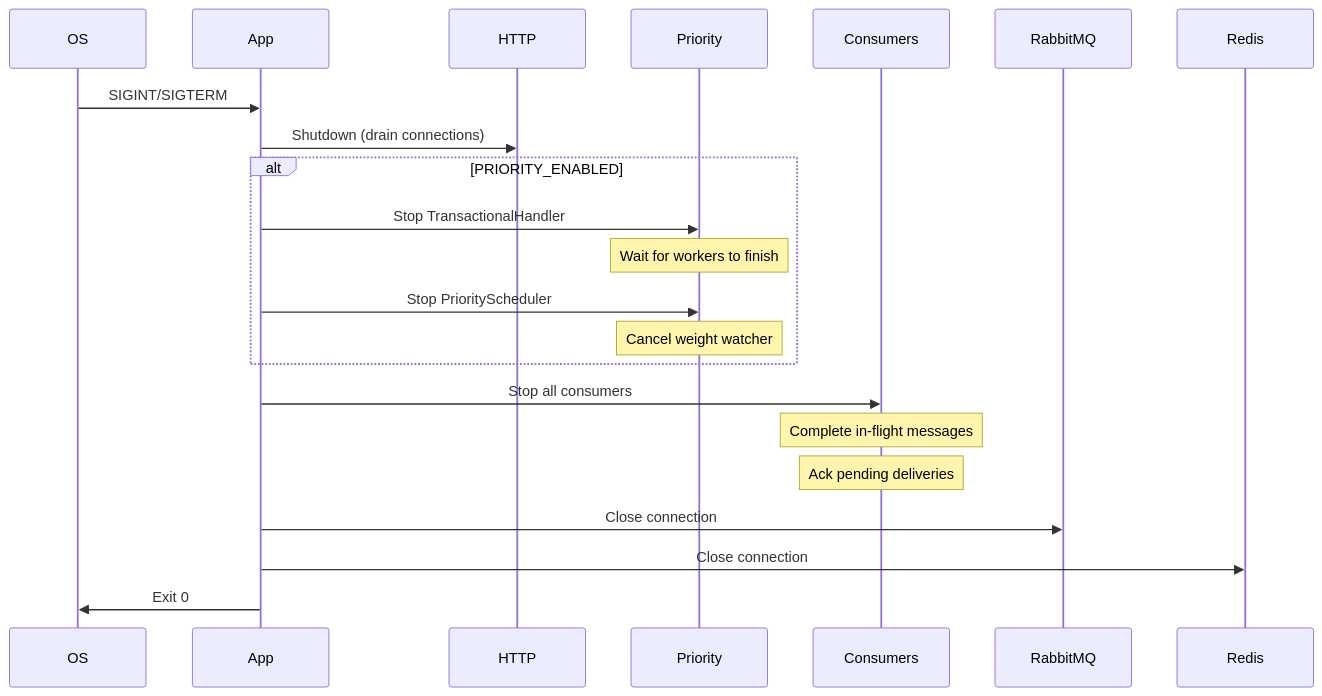
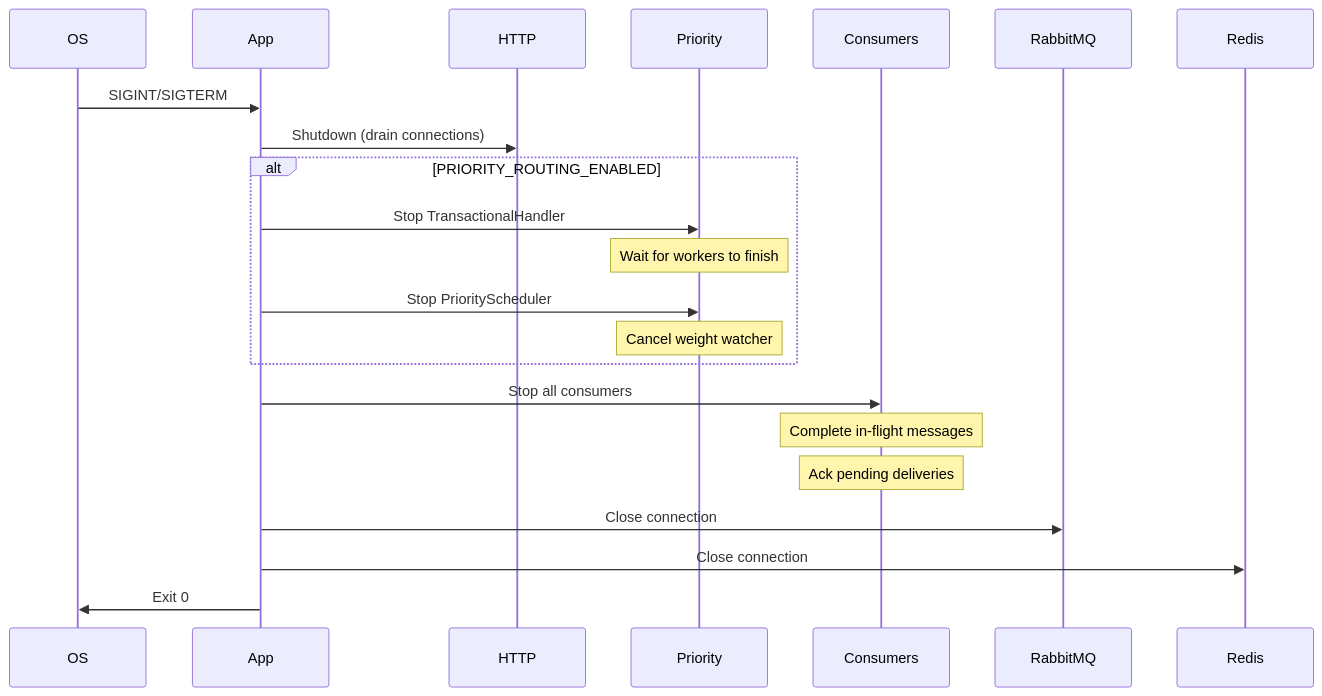
One commit to ElMonstro/sms-mno-gateway changed diagram 18 of 18 in docs/architecture.md. Above: the diagram before and after it, drawn with Mermaid. The commit also changed other lines of this file and 5 other files, not shown here.

Commit message:
Renamed PRIORITY_ENABLED to PRIORITY_ROUTING_ENABLED

````diff
--- a/docs/architecture.md
+++ b/docs/architecture.md
@@ -1510,30 +1510,30 @@
 ```mermaid
 sequenceDiagram
     participant OS
     participant App
     participant HTTP
     participant Priority
     participant Consumers
     participant RabbitMQ
     participant Redis
 
     OS->>App: SIGINT/SIGTERM
 
     App->>HTTP: Shutdown (drain connections)
 
-    alt PRIORITY_ENABLED
+    alt PRIORITY_ROUTING_ENABLED
         App->>Priority: Stop TransactionalHandler
         Note over Priority: Wait for workers to finish
         App->>Priority: Stop PriorityScheduler
         Note over Priority: Cancel weight watcher
     end
 
     App->>Consumers: Stop all consumers
     Note over Consumers: Complete in-flight messages
     Note over Consumers: Ack pending deliveries
 
     App->>RabbitMQ: Close connection
     App->>Redis: Close connection
 
     App->>OS: Exit 0
 ```
````
